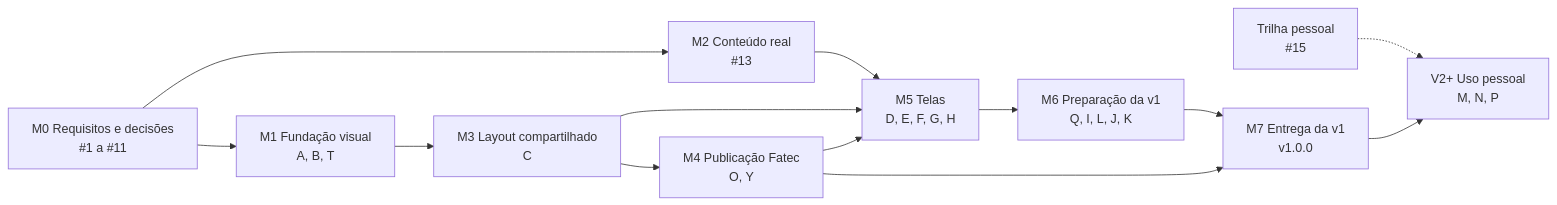
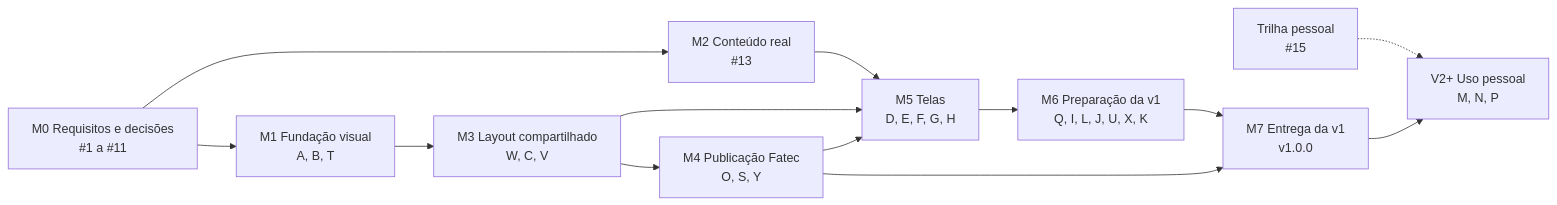
One commit to felipe-sant/portfolio-frontend changed the diagram in docs/product/roadmap.md. Above: the diagram before and after it, drawn with Mermaid. The commit also changed other lines of this file, not shown here.

Commit message:
Docs :bulb: [#8] Inclui pré-renderização, arquivos para IA e CV gerado no roadmap

````diff
--- a/docs/product/roadmap.md
+++ b/docs/product/roadmap.md
@@ -52,15 +52,15 @@
 ```mermaid
 flowchart LR
     M0["M0 Requisitos e decisões<br/>#1 a #11"] --> M1["M1 Fundação visual<br/>A, B, T"]
     M0 --> M2["M2 Conteúdo real<br/>#13"]
-    M1 --> M3["M3 Layout compartilhado<br/>C"]
-    M3 --> M4["M4 Publicação Fatec<br/>O, Y"]
+    M1 --> M3["M3 Layout compartilhado<br/>W, C, V"]
+    M3 --> M4["M4 Publicação Fatec<br/>O, S, Y"]
     M2 --> M5["M5 Telas<br/>D, E, F, G, H"]
     M3 --> M5
     M4 --> M5
-    M5 --> M6["M6 Preparação da v1<br/>Q, I, L, J, K"]
+    M5 --> M6["M6 Preparação da v1<br/>Q, I, L, J, U, X, K"]
     M6 --> M7["M7 Entrega da v1<br/>v1.0.0"]
     M4 --> M7
     TP["Trilha pessoal<br/>#15"] -.-> V2["V2+ Uso pessoal<br/>M, N, P"]
     M7 --> V2
 ```
````
